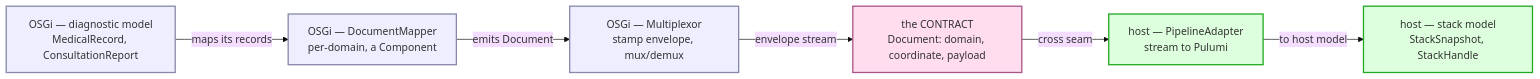
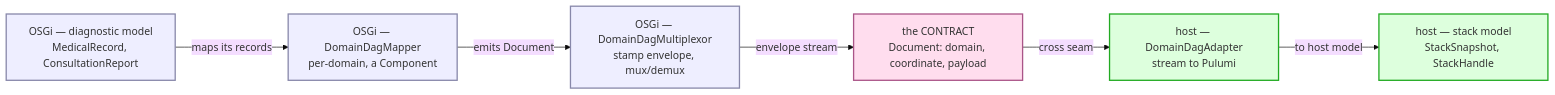
The first of 6 diagrams in docs/architecture/osgi/multiplexor-spec.adoc (nxmatic/rke2lab), drawn with Mermaid (base theme) before and after one commit. The commit also changed other lines of this file and 4 other files, not shown here.

First line of the commit message:
docs(multiplexor): rename to the DomainDag family for crystal-clear roles

```diff
--- a/docs/architecture/osgi/multiplexor-spec.adoc
+++ b/docs/architecture/osgi/multiplexor-spec.adoc
@@ -29,21 +29,21 @@
 [mermaid]
 ....
 flowchart LR
   domain["OSGi — diagnostic model<br/>MedicalRecord, ConsultationReport"]
-  mapper["OSGi — DocumentMapper<br/>per-domain, a Component"]
-  mux["OSGi — Multiplexor<br/>stamp envelope, mux/demux"]
+  mapper["OSGi — DomainDagMapper<br/>per-domain, a Component"]
+  mux["OSGi — DomainDagMultiplexor<br/>stamp envelope, mux/demux"]
   doc["the CONTRACT<br/>Document: domain, coordinate, payload"]
-  adapter["host — PipelineAdapter<br/>stream to Pulumi"]
+  adapter["host — DomainDagAdapter<br/>stream to Pulumi"]
   stack["host — stack model<br/>StackSnapshot, StackHandle"]
   domain -->|maps its records| mapper
   mapper -->|emits Document| mux
   mux -->|envelope stream| doc
   doc -->|cross seam| adapter
   adapter -->|to host model| stack
   classDef o fill:#eef,stroke:#88a,stroke-width:2px;
   classDef c fill:#fde,stroke:#a58,stroke-width:2px;
   classDef h fill:#dfd,stroke:#2a2,stroke-width:2px;
   class domain,mapper,mux o;
   class doc c;
   class adapter,stack h;
 ....
```
